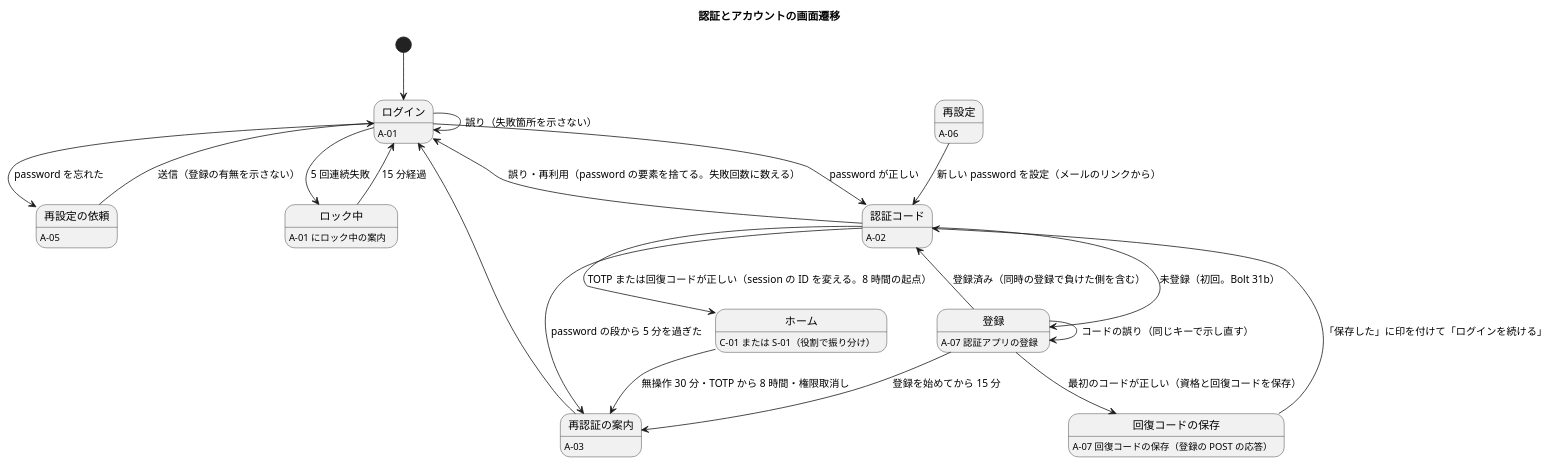
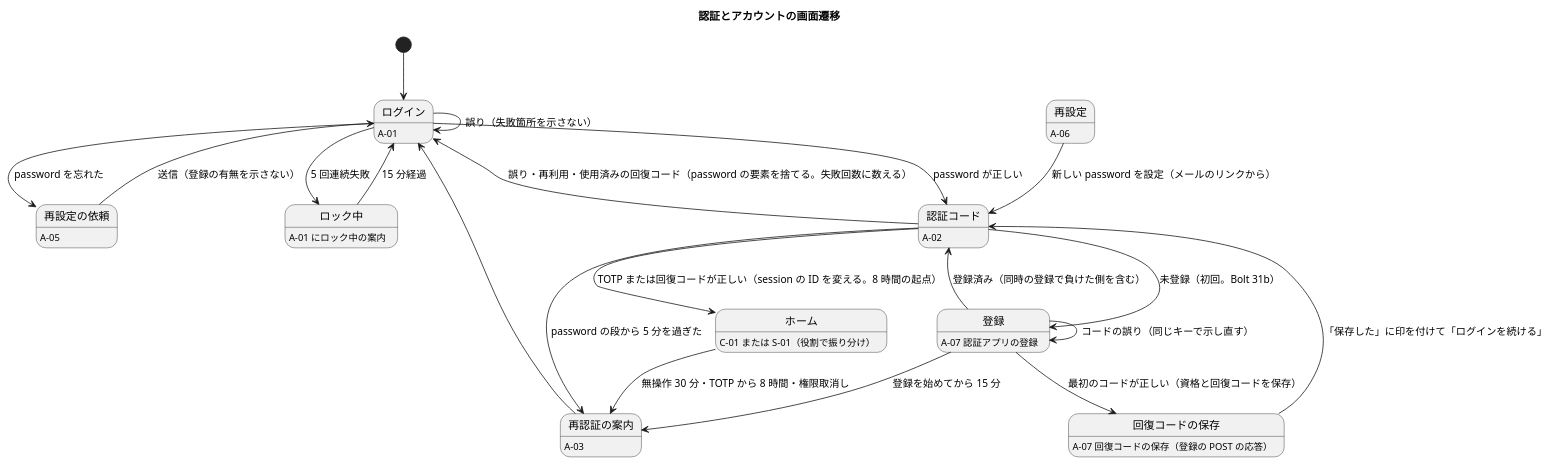
The second of 26 diagrams in docs/design/cargo-tracker/ui_design.md (k2works/practical-domain-driven-design-in-enterpris-application), drawn with PlantUML before and after one commit. The commit also changed other lines of this file and 8 other files, not shown here.

````diff
--- a/docs/design/cargo-tracker/ui_design.md
+++ b/docs/design/cargo-tracker/ui_design.md
@@ -236,33 +236,33 @@
 ```plantuml
 @startuml
 title 認証とアカウントの画面遷移
 [*] --> ログイン
 ログイン : A-01
 認証コード : A-02
 登録 : A-07 認証アプリの登録
 再設定の依頼 : A-05
 再設定 : A-06
 ロック中 : A-01 にロック中の案内
 回復コードの保存 : A-07 回復コードの保存（登録の POST の応答）
 ログイン --> 認証コード : password が正しい
 認証コード --> 登録 : 未登録（初回。Bolt 31b）
 登録 --> 登録 : コードの誤り（同じキーで示し直す）
 登録 --> 回復コードの保存 : 最初のコードが正しい（資格と回復コードを保存）
 登録 --> 認証コード : 登録済み（同時の登録で負けた側を含む）
 回復コードの保存 --> 認証コード : 「保存した」に印を付けて「ログインを続ける」
 登録 --> 再認証の案内 : 登録を始めてから 15 分
 ログイン --> ログイン : 誤り（失敗箇所を示さない）
 ログイン --> ロック中 : 5 回連続失敗
 ログイン --> 再設定の依頼 : password を忘れた
 再設定の依頼 --> ログイン : 送信（登録の有無を示さない）
 再設定 --> 認証コード : 新しい password を設定（メールのリンクから）
 認証コード --> ホーム : TOTP または回復コードが正しい（session の ID を変える。8 時間の起点）
-認証コード --> ログイン : 誤り・再利用（password の要素を捨てる。失敗回数に数える）
+認証コード --> ログイン : 誤り・再利用・使用済みの回復コード（password の要素を捨てる。失敗回数に数える）
 認証コード --> 再認証の案内 : password の段から 5 分を過ぎた
 ロック中 --> ログイン : 15 分経過
 ホーム --> 再認証の案内 : 無操作 30 分・TOTP から 8 時間・権限取消し
 再認証の案内 : A-03
 再認証の案内 --> ログイン
 ホーム : C-01 または S-01（役割で振り分け）
 @enduml
 ```
````
